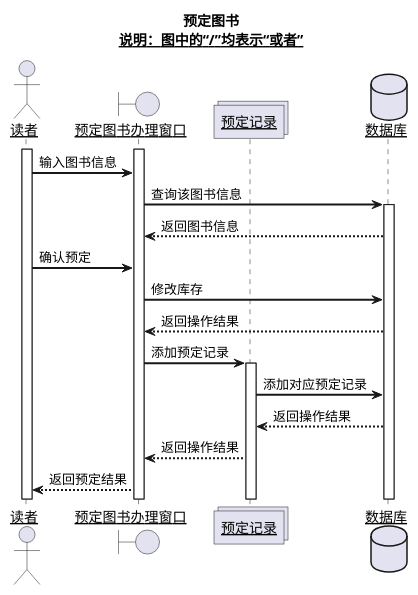
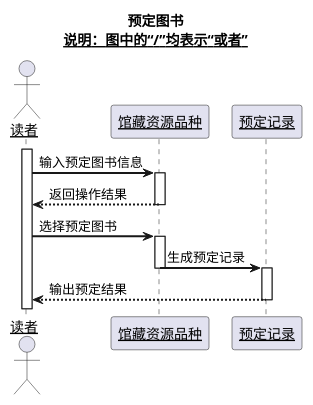
One commit to Landy7/is_analysis changed the diagram in test4/sequence5.md. Above: the diagram before and after it, drawn with PlantUML. The commit also changed 24 other files, not shown here.

```diff
--- a/test4/sequence5.md
+++ b/test4/sequence5.md
@@ -1,29 +1,31 @@
 @startuml
 title
  预定图书
  <u>说明：图中的“/”均表示“或者”</u>
 end title
 skinparam sequenceArrowThickness 2
 skinparam maxmessagesize 60
 skinparam sequenceParticipant underline
-actor "读者" as U
-boundary "预定图书办理窗口   " as A
-collections "预定记录" as B
-database "数据库" as C
-activate U
+
+actor 读者
+participant "馆藏资源品种" as A
+participant "预定记录" as B
+
+activate 读者
+读者 ->A:输入预定图书信息
 activate A
-U ->A:输入图书信息
-A ->C:查询该图书信息
-activate C
-C -->A:返回图书信息
-U ->A:确认预定
-A ->C:修改库存
-C -->A:返回操作结果
-A ->B:添加预定记录
+
+A -->读者:返回操作结果
+deactivate A
+
+读者 ->A:选择预定图书
+activate A
+
+A ->B:生成预定记录
+deactivate A
 activate B
-B ->C:添加对应预定记录
-C -->B:返回操作结果
-B -->A:返回操作结果
-A -->U:返回预定结果
+
+B -->读者:输出预定结果
+deactivate B
 
 @enduml
```
